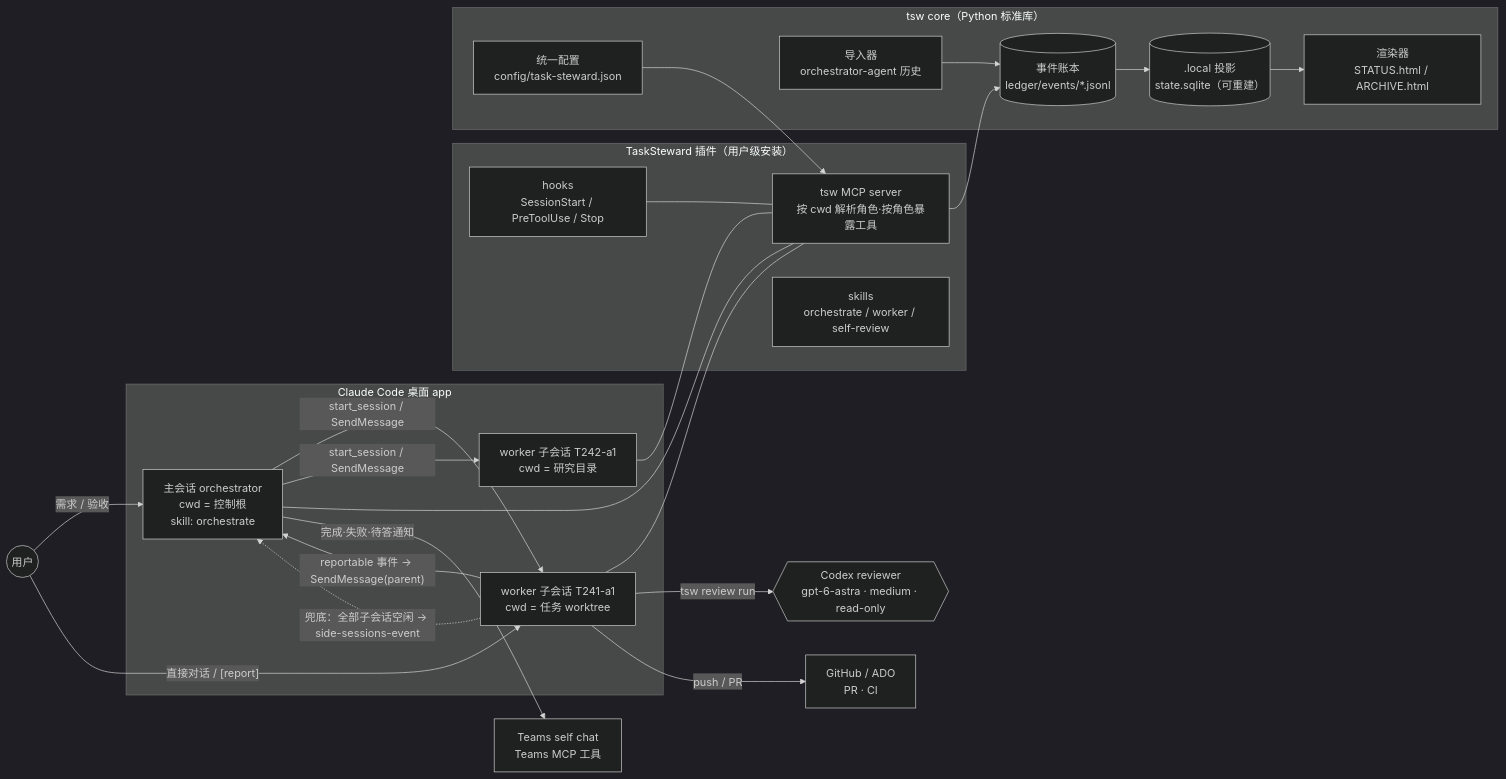
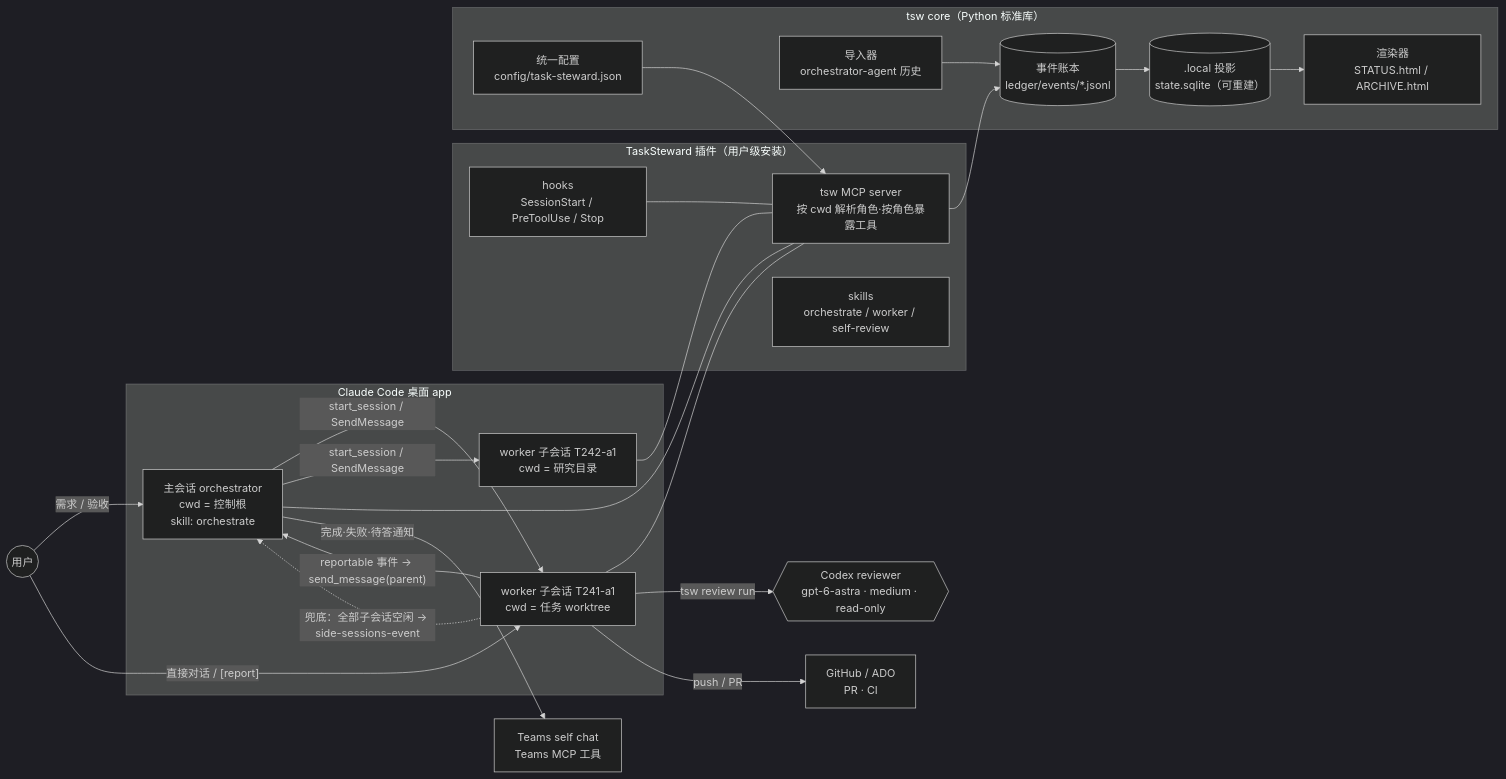
Before and after one commit to flyrobin620/task-steward: the diagram in docs/design/diagrams/architecture.mmd, drawn with Mermaid (dark theme). The commit also changed 11 other files, not shown here.

```diff
--- a/docs/design/diagrams/architecture.mmd
+++ b/docs/design/diagrams/architecture.mmd
@@ -1,45 +1,45 @@
 flowchart LR
     U((用户))
 
     subgraph APP["Claude Code 桌面 app"]
         O["主会话 orchestrator<br/>cwd = 控制根<br/>skill: orchestrate"]
         W1["worker 子会话 T241-a1<br/>cwd = 任务 worktree"]
         W2["worker 子会话 T242-a1<br/>cwd = 研究目录"]
     end
 
     subgraph PLUGIN["TaskSteward 插件（用户级安装）"]
         MCP["tsw MCP server<br/>按 cwd 解析角色·按角色暴露工具"]
         HOOKS["hooks<br/>SessionStart / PreToolUse / Stop"]
         SK["skills<br/>orchestrate / worker / self-review"]
     end
 
     subgraph CORE["tsw core（Python 标准库）"]
         L[("事件账本<br/>ledger/events/*.jsonl")]
         PJ[(".local 投影<br/>state.sqlite（可重建）")]
         CFG["统一配置<br/>config/task-steward.json"]
         RD["渲染器<br/>STATUS.html / ARCHIVE.html"]
         IMP["导入器<br/>orchestrator-agent 历史"]
     end
 
     CX{{"Codex reviewer<br/>gpt-6-astra · medium · read-only"}}
     GH["GitHub / ADO<br/>PR · CI"]
     TM["Teams self chat<br/>Teams MCP 工具"]
 
     U -- 需求 / 验收 --> O
     U -- 直接对话 / [report] --> W1
     O -- start_session / SendMessage --> W1
     O -- start_session / SendMessage --> W2
-    W1 -- reportable 事件 → SendMessage(parent) --> O
+    W1 -- reportable 事件 → send_message(parent) --> O
     W1 -. 兜底：全部子会话空闲 → side-sessions-event .-> O
     O --- MCP
     W1 --- MCP
     W2 --- MCP
     HOOKS --- MCP
     MCP --> L
     L --> PJ
     PJ --> RD
     CFG --> MCP
     IMP --> L
     W1 -- tsw review run --> CX
     W1 -- push / PR --> GH
     O -- 完成·失败·待答通知 --> TM
```
